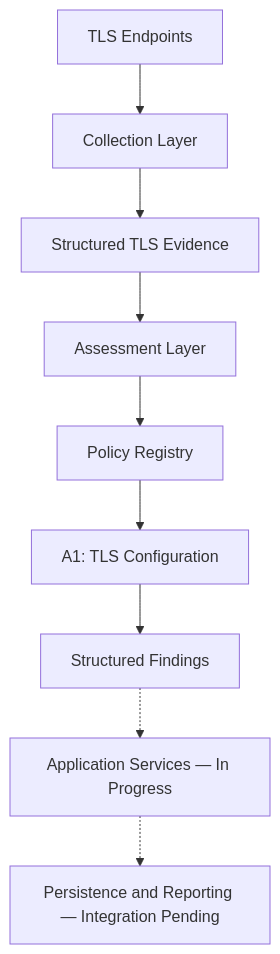
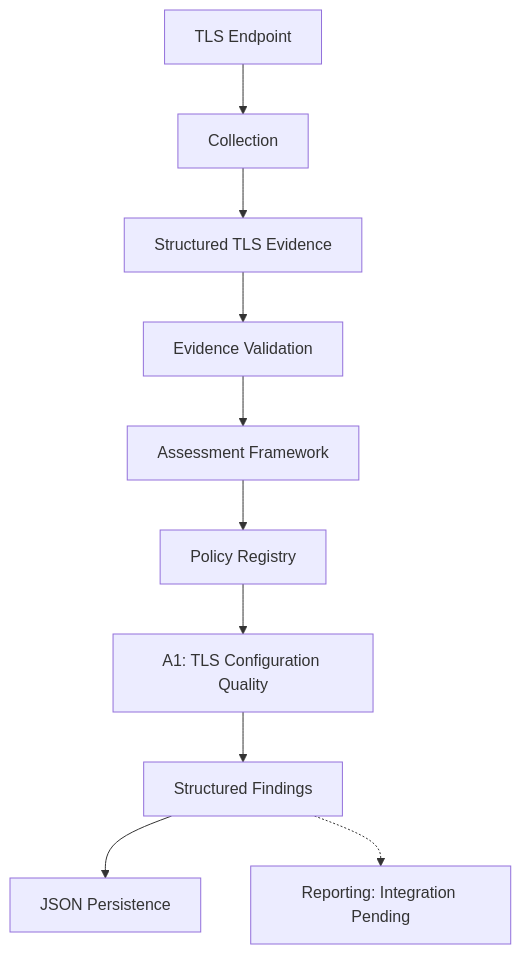
Before and after one commit to git-loa/cryptographic-inventory-pqc-risk-assessment: the diagram in README.md, drawn with Mermaid. The commit also changed other lines of this file and 3 other files, not shown here.

Commit message:
docs: update project architecture and methodology

````diff
--- a/README.md
+++ b/README.md
@@ -52,12 +43,12 @@
 ```mermaid
 flowchart TD
-    A["TLS Endpoints"] --> B["Collection Layer"]
+    A["TLS Endpoint"] --> B["Collection"]
     B --> C["Structured TLS Evidence"]
-    C --> D["Assessment Layer"]
-    D --> E["Policy Registry"]
-    E --> F["A1: TLS Configuration"]
-    F --> G["Structured Findings"]
-
-    G -.-> H["Application Services — In Progress"]
-    H -.-> I["Persistence and Reporting — Integration Pending"]
+    C --> D["Evidence Validation"]
+    D --> E["Assessment Framework"]
+    E --> F["Policy Registry"]
+    F --> G["A1: TLS Configuration Quality"]
+    G --> H["Structured Findings"]
+    H --> I["JSON Persistence"]
+    H -.-> J["Reporting: Integration Pending"]
 ```
````
